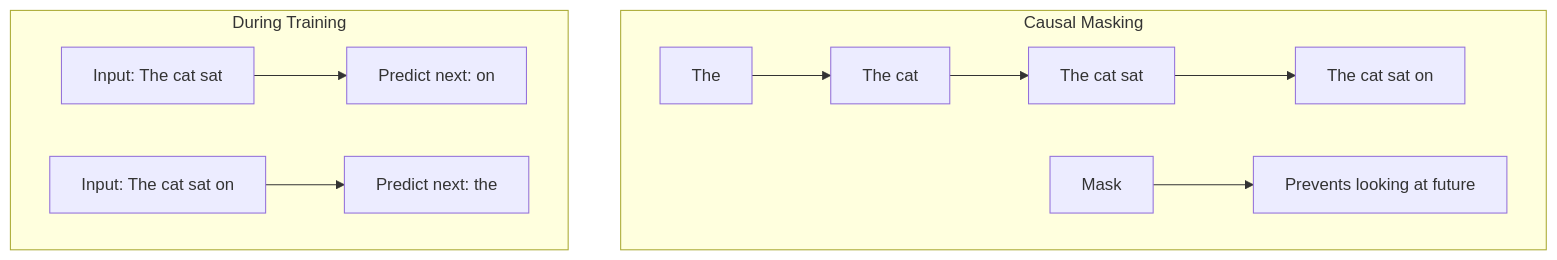
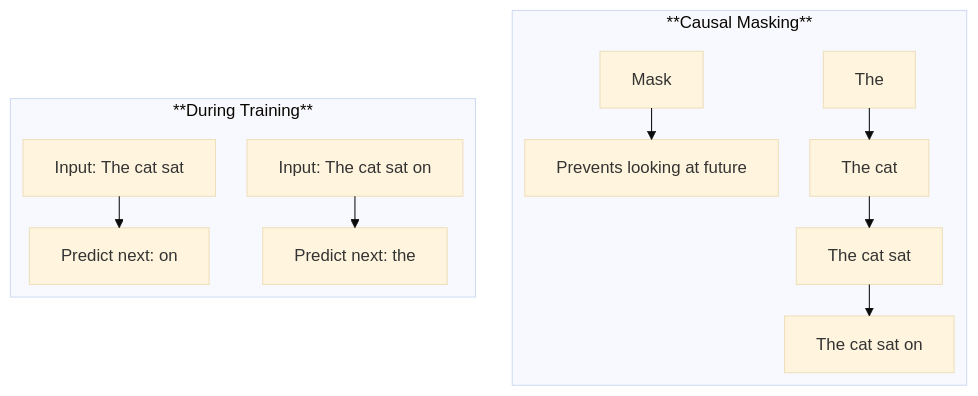
Before and after one commit to Vineet-Sharma-Medium-Stories/Medium-Build-Tool: the second of 3 diagrams in The 2026 AI Metromap/The 2026 AI Metromap: GPT & LLM Architecture – Understanding the Engine of the Express Train.md, drawn with Mermaid. The commit also changed other lines of this file and 37 other files, not shown here.

````diff
--- a/The 2026 AI Metromap/The 2026 AI Metromap: GPT & LLM Architecture – Understanding the Engine of the Express Train.md
+++ b/The 2026 AI Metromap/The 2026 AI Metromap: GPT & LLM Architecture – Understanding the Engine of the Express Train.md
@@ -85,15 +90,20 @@
 ```mermaid
+---
+config:
+  theme: base
+  layout: elk
+---
 graph TD
-    subgraph "Causal Masking"
+    subgraph "**Causal Masking**"
         T1[The] --> T2[The cat]
         T2 --> T3[The cat sat]
         T3 --> T4[The cat sat on]
         
         M[Mask] --> P[Prevents looking at future]
     end
     
-    subgraph "During Training"
+    subgraph "**During Training**"
         I[Input: The cat sat] --> L[Predict next: on]
         I2[Input: The cat sat on] --> L2[Predict next: the]
     end
 ```
````
